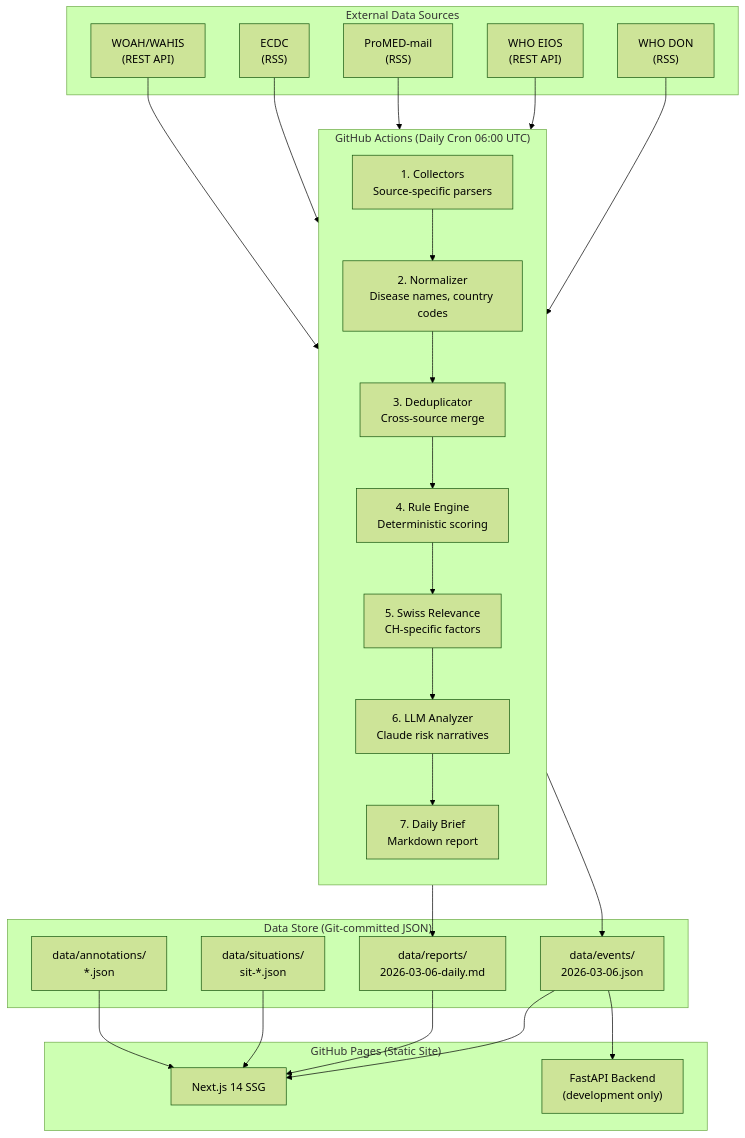
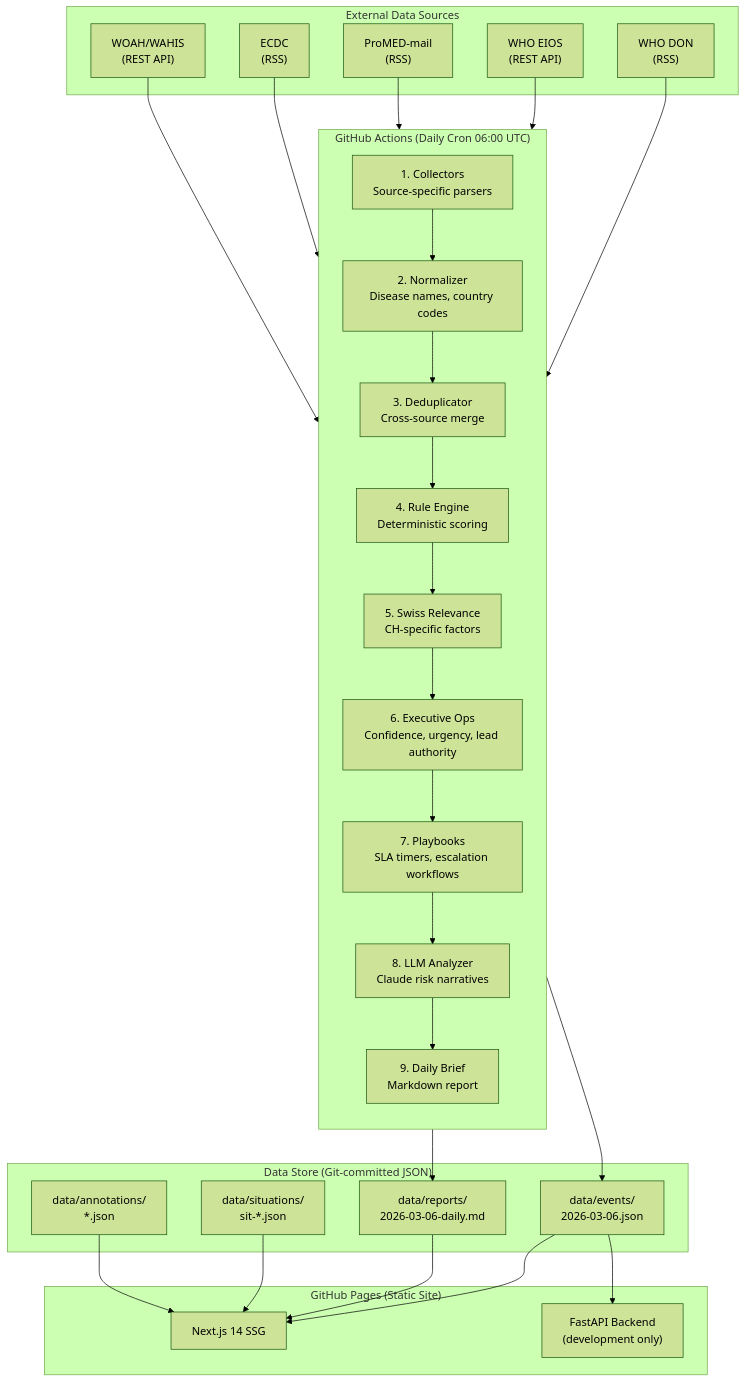
Before and after one commit to jonashertner/sentinel: the first of 2 diagrams in docs/architecture.md, drawn with Mermaid (forest theme). The commit also changed other lines of this file and 21 other files, not shown here.

First line of the commit message:
feat: executive ops board, playbooks, provenance graph, enhanced dedup

````diff
--- a/docs/architecture.md
+++ b/docs/architecture.md
@@ -9,55 +9,59 @@
 ```mermaid
 graph TB
     subgraph External["External Data Sources"]
         WHO_DON["WHO DON<br/>(RSS)"]
         EIOS["WHO EIOS<br/>(REST API)"]
         PROMED["ProMED-mail<br/>(RSS)"]
         ECDC["ECDC<br/>(RSS)"]
         WOAH["WOAH/WAHIS<br/>(REST API)"]
     end
 
     subgraph GHA["GitHub Actions (Daily Cron 06:00 UTC)"]
         direction TB
         COLLECT["1. Collectors<br/>Source-specific parsers"]
         NORM["2. Normalizer<br/>Disease names, country codes"]
         DEDUP["3. Deduplicator<br/>Cross-source merge"]
         RULE["4. Rule Engine<br/>Deterministic scoring"]
         SWISS["5. Swiss Relevance<br/>CH-specific factors"]
-        LLM["6. LLM Analyzer<br/>Claude risk narratives"]
-        BRIEF["7. Daily Brief<br/>Markdown report"]
+        EXEC["6. Executive Ops<br/>Confidence, urgency, lead authority"]
+        PLAY["7. Playbooks<br/>SLA timers, escalation workflows"]
+        LLM["8. LLM Analyzer<br/>Claude risk narratives"]
+        BRIEF["9. Daily Brief<br/>Markdown report"]
     end
 
     subgraph Store["Data Store (Git-committed JSON)"]
         EVENTS["data/events/<br/>2026-03-06.json"]
         REPORTS["data/reports/<br/>2026-03-06-daily.md"]
         SITUATIONS["data/situations/<br/>sit-*.json"]
         ANNOTATIONS["data/annotations/<br/>*.json"]
     end
 
     subgraph Pages["GitHub Pages (Static Site)"]
         NEXT["Next.js 14 SSG"]
         API["FastAPI Backend<br/>(development only)"]
     end
 
     WHO_DON --> COLLECT
     EIOS --> COLLECT
     PROMED --> COLLECT
     ECDC --> COLLECT
     WOAH --> COLLECT
 
     COLLECT --> NORM
     NORM --> DEDUP
     DEDUP --> RULE
     RULE --> SWISS
-    SWISS --> LLM
+    SWISS --> EXEC
+    EXEC --> PLAY
+    PLAY --> LLM
     LLM --> BRIEF
     LLM --> EVENTS
     BRIEF --> REPORTS
 
     EVENTS --> NEXT
     REPORTS --> NEXT
     SITUATIONS --> NEXT
     ANNOTATIONS --> NEXT
 
     EVENTS --> API
 ```
````
